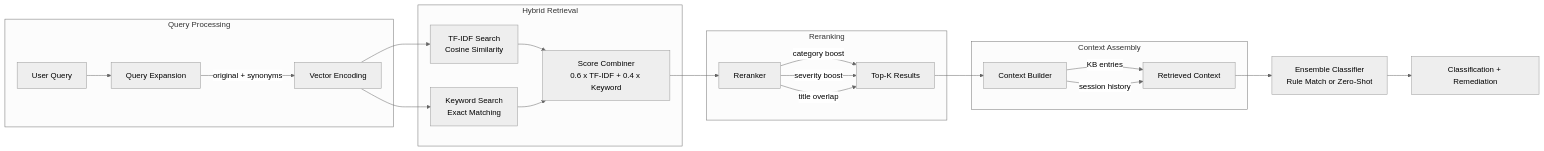
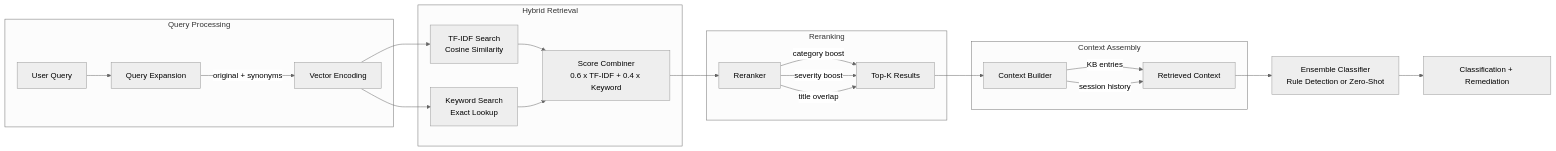
One commit to tukue/devsecops-platform-agent changed the second of 10 diagrams in README.md. Above: the diagram before and after it, drawn with Mermaid (neutral theme). The commit also changed other lines of this file, not shown here.

Commit message:
Update diagram labels for clarity

````diff
--- a/README.md
+++ b/README.md
@@ -190,30 +190,30 @@
 ```mermaid
 flowchart LR
     subgraph QUERY["Query Processing"]
         Q[User Query] --> EXP[Query Expansion]
         EXP --> |"original + synonyms"| VEC[Vector Encoding]
     end
 
     subgraph RETRIEVAL["Hybrid Retrieval"]
         VEC --> TFIDF2["TF-IDF Search\nCosine Similarity"]
-        VEC --> KW2["Keyword Search\nExact Matching"]
+        VEC --> KW2["Keyword Search\nExact Lookup"]
         TFIDF2 --> COMBINE["Score Combiner\n0.6 x TF-IDF + 0.4 x Keyword"]
         KW2 --> COMBINE
     end
 
     subgraph RERANK["Reranking"]
         COMBINE --> RR2["Reranker"]
         RR2 --> |"category boost"| FINAL["Top-K Results"]
         RR2 --> |"severity boost"| FINAL
         RR2 --> |"title overlap"| FINAL
     end
 
     subgraph CONTEXT["Context Assembly"]
         FINAL --> CTX2["Context Builder"]
         CTX2 --> |"KB entries"| OUT["Retrieved Context"]
         CTX2 --> |"session history"| OUT
     end
 
-    OUT --> LLM["Ensemble Classifier\nRule Match or Zero-Shot"]
+    OUT --> LLM["Ensemble Classifier\nRule Detection or Zero-Shot"]
     LLM --> RESULT2["Classification + Remediation"]
 ```
````
